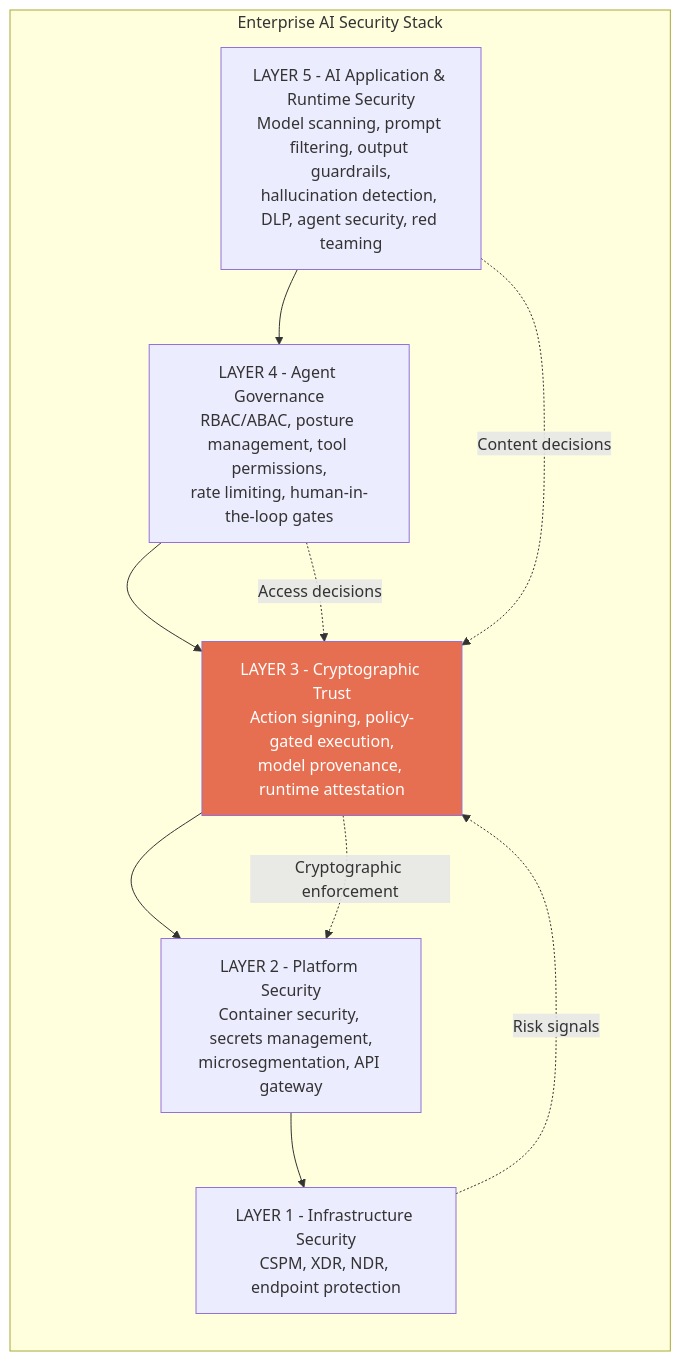
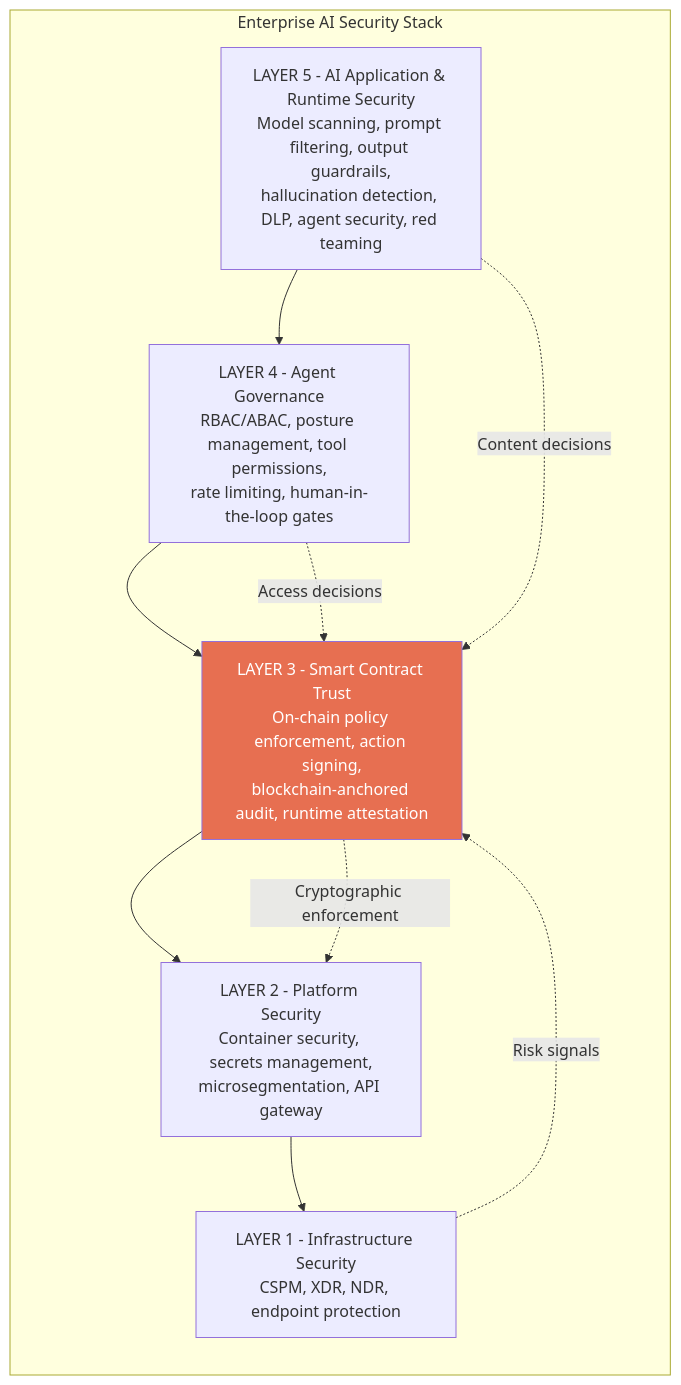
Diagram 13 of 13 in cryptographic-trust-layer-thesis.md (kjayashr/cryptographic-trust-layer), drawn with Mermaid before and after one commit. The commit also changed other lines of this file, not shown here.

First line of the commit message:
Rewrite architecture to smart contract-based enforcement on Ethereum L2

````diff
--- a/cryptographic-trust-layer-thesis.md
+++ b/cryptographic-trust-layer-thesis.md
@@ -579,20 +618,20 @@
 ```mermaid
 graph TB
     subgraph "Enterprise AI Security Stack"
         direction TB
         L5["LAYER 5 - AI Application & Runtime Security<br/>Model scanning, prompt filtering, output guardrails,<br/>hallucination detection, DLP, agent security, red teaming"]
         L4["LAYER 4 - Agent Governance<br/>RBAC/ABAC, posture management, tool permissions,<br/>rate limiting, human-in-the-loop gates"]
-        L3["LAYER 3 - Cryptographic Trust<br/>Action signing, policy-gated execution,<br/>model provenance, runtime attestation"]
+        L3["LAYER 3 - Smart Contract Trust<br/>On-chain policy enforcement, action signing,<br/>blockchain-anchored audit, runtime attestation"]
         L2["LAYER 2 - Platform Security<br/>Container security, secrets management,<br/>microsegmentation, API gateway"]
         L1["LAYER 1 - Infrastructure Security<br/>CSPM, XDR, NDR, endpoint protection"]
     end
 
     L5 --> L4 --> L3 --> L2 --> L1
 
     L5 -.->|"Content decisions"| L3
     L4 -.->|"Access decisions"| L3
     L3 -.->|"Cryptographic enforcement"| L2
     L1 -.->|"Risk signals"| L3
 
     style L3 fill:#e76f51,color:#fff
 ```
````
